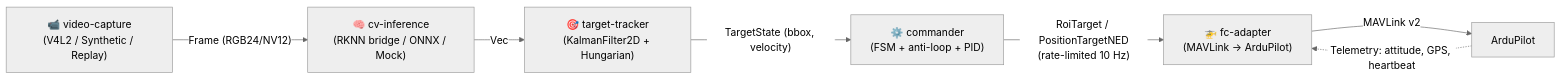
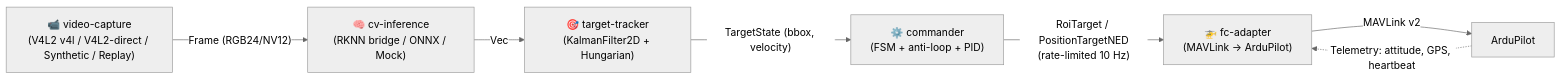
The diagram in ai-context/ARCHITECTURE_QUICK.md (EgorLikhachev/Autotargeting), drawn with Mermaid (neutral theme) before and after one commit. The commit also changed other lines of this file and 8 other files, not shown here.

````diff
--- a/ai-context/ARCHITECTURE_QUICK.md
+++ b/ai-context/ARCHITECTURE_QUICK.md
@@ -5,15 +5,15 @@
 ```mermaid
 flowchart LR
-    CAM["📹 video-capture<br/>(V4L2 / Synthetic / Replay)"]
+    CAM["📹 video-capture<br/>(V4L2 v4l / V4L2-direct / Synthetic / Replay)"]
     INF["🧠 cv-inference<br/>(RKNN bridge / ONNX / Mock)"]
     TRK["🎯 target-tracker<br/>(KalmanFilter2D + Hungarian)"]
     CMD["⚙️ commander<br/>(FSM + anti-loop + PID)"]
     FC["🚁 fc-adapter<br/>(MAVLink → ArduPilot)"]
 
     CAM -- "Frame (RGB24/NV12)" --> INF
     INF -- "Vec<Detection>" --> TRK
     TRK -- "TargetState (bbox, velocity)" --> CMD
     CMD -- "RoiTarget / PositionTargetNED<br/>(rate-limited 10 Hz)" --> FC
     FC -- "MAVLink v2" --> ArduPilot
     ArduPilot -. "Telemetry: attitude, GPS, heartbeat" .-> FC
 ```
````
